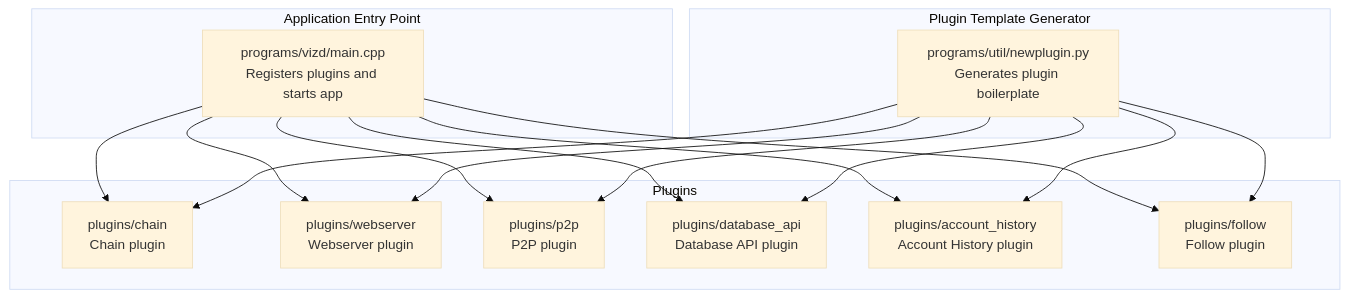
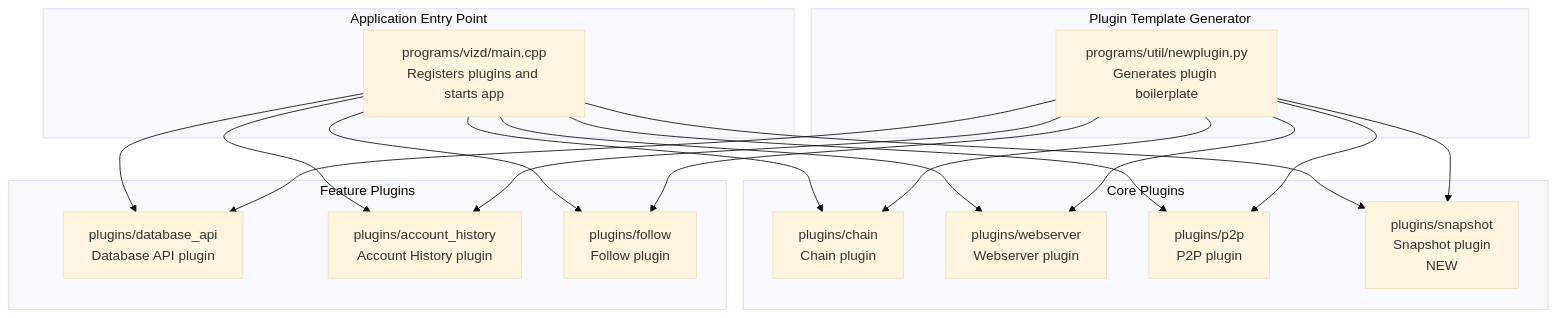
Before and after one commit to VIZ-Blockchain/viz-cpp-node: the first of 14 diagrams in .qoder/repowiki/en/content/Architecture Overview/Plugin Architecture/Plugin Architecture.md, drawn with Mermaid (base theme). The commit also changed other lines of this file and 9 other files, not shown here.

````diff
--- a/.qoder/repowiki/en/content/Architecture Overview/Plugin Architecture/Plugin Architecture.md
+++ b/.qoder/repowiki/en/content/Architecture Overview/Plugin Architecture/Plugin Architecture.md
@@ -48,29 +58,34 @@
 ```mermaid
 graph TB
 subgraph "Application Entry Point"
 A["programs/vizd/main.cpp<br/>Registers plugins and starts app"]
 end
-subgraph "Plugins"
+subgraph "Core Plugins"
 P1["plugins/chain<br/>Chain plugin"]
 P2["plugins/webserver<br/>Webserver plugin"]
 P3["plugins/p2p<br/>P2P plugin"]
-P4["plugins/database_api<br/>Database API plugin"]
-P5["plugins/account_history<br/>Account History plugin"]
-P6["plugins/follow<br/>Follow plugin"]
+P4["plugins/snapshot<br/>Snapshot plugin<br/>NEW"]
+end
+subgraph "Feature Plugins"
+P5["plugins/database_api<br/>Database API plugin"]
+P6["plugins/account_history<br/>Account History plugin"]
+P7["plugins/follow<br/>Follow plugin"]
 end
 subgraph "Plugin Template Generator"
 T["programs/util/newplugin.py<br/>Generates plugin boilerplate"]
 end
 A --> P1
 A --> P2
 A --> P3
 A --> P4
 A --> P5
 A --> P6
+A --> P7
 T --> P1
 T --> P2
 T --> P3
 T --> P4
 T --> P5
 T --> P6
+T --> P7
 ```
````
